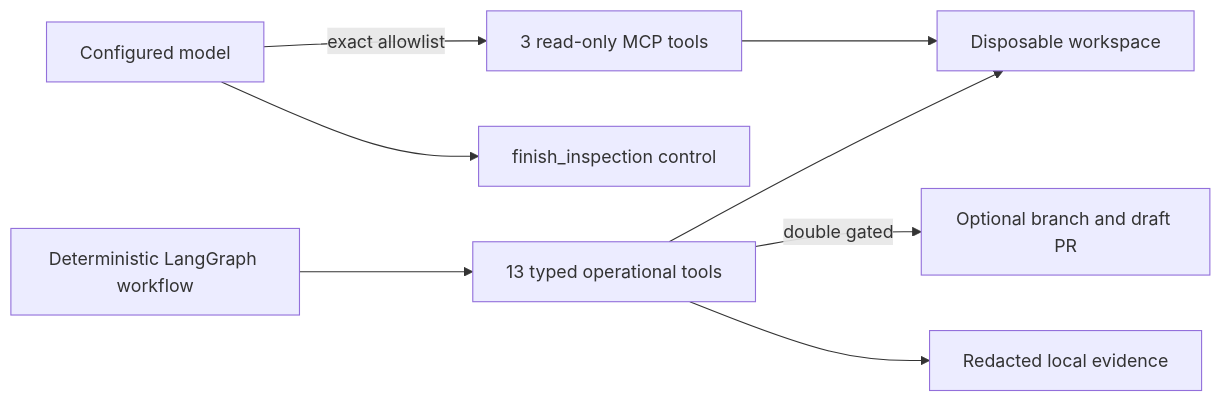
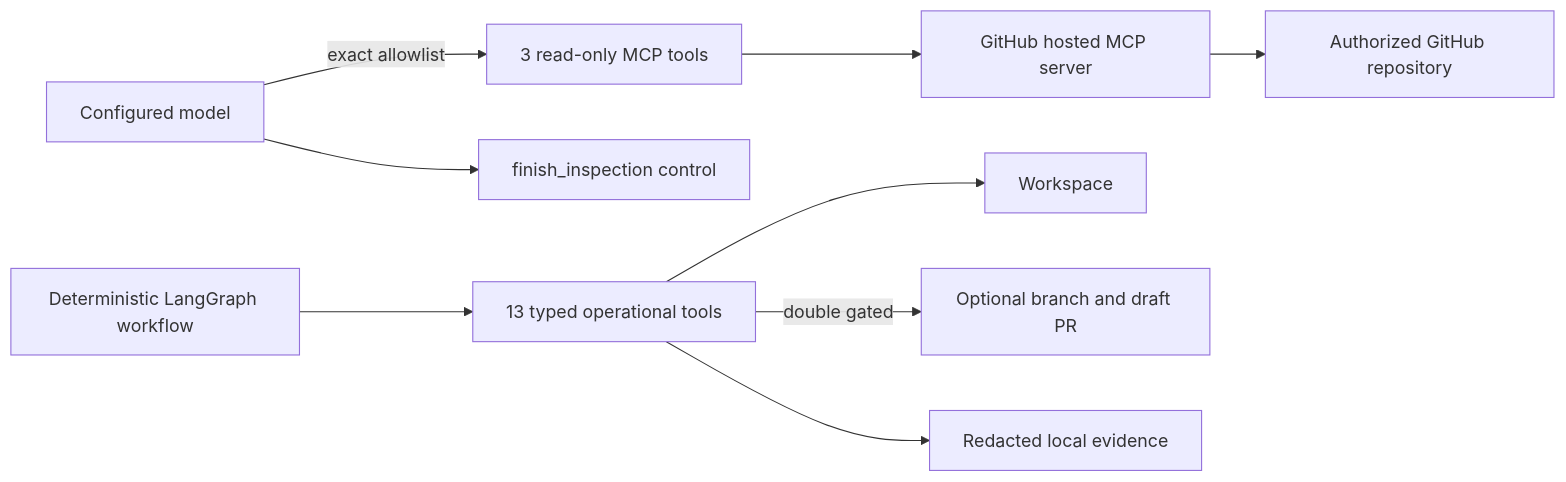
One commit to MtechSE-ArchAI-Team7/remediation-agent changed the diagram in docs/TOOL_CATALOG.md. Above: the diagram before and after it, drawn with Mermaid. The commit also changed other lines of this file and 35 other files, not shown here.

````diff
--- a/docs/TOOL_CATALOG.md
+++ b/docs/TOOL_CATALOG.md
@@ -9,10 +9,11 @@
 ```mermaid
 flowchart LR
     Model["Configured model"] -->|exact allowlist| Inspect["3 read-only MCP tools"]
     Model --> Finish["finish_inspection control"]
     Workflow["Deterministic LangGraph workflow"] --> Host["13 typed operational tools"]
-    Inspect --> Workspace["Disposable workspace"]
+    Inspect --> GitHub["GitHub hosted MCP server"]
+    GitHub --> Repository["Authorized GitHub repository"]
     Host --> Workspace
     Host -->|double gated| Remote["Optional branch and draft PR"]
     Host --> Evidence["Redacted local evidence"]
 ```
````
